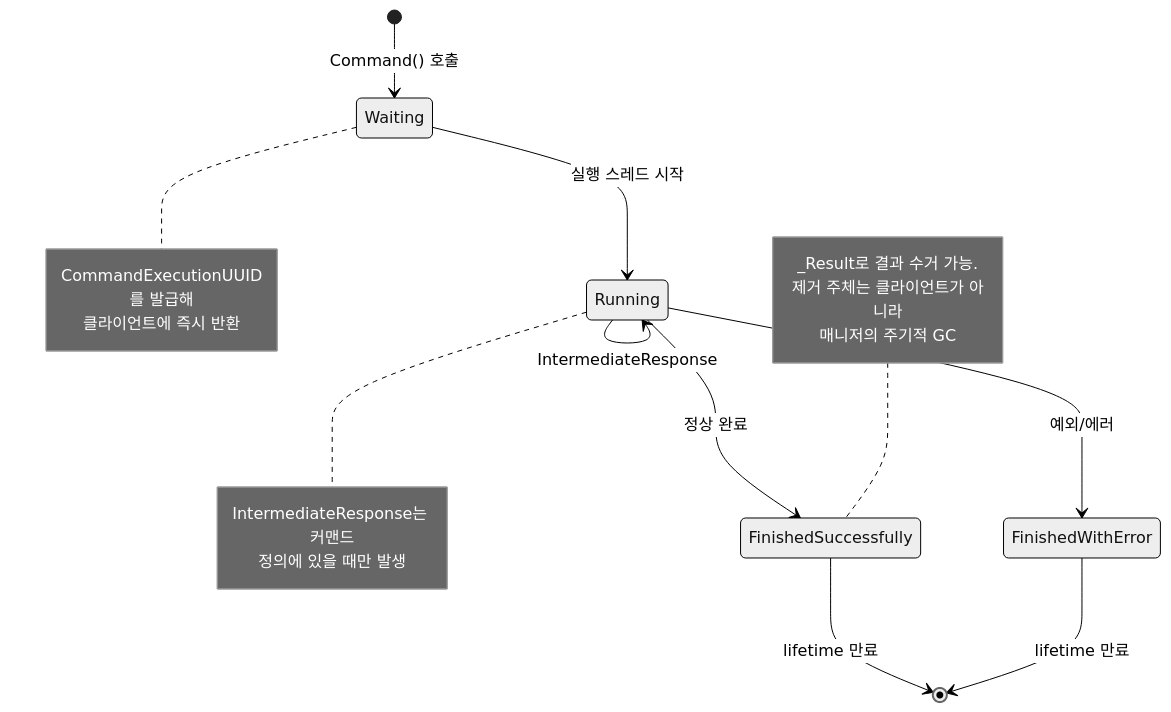
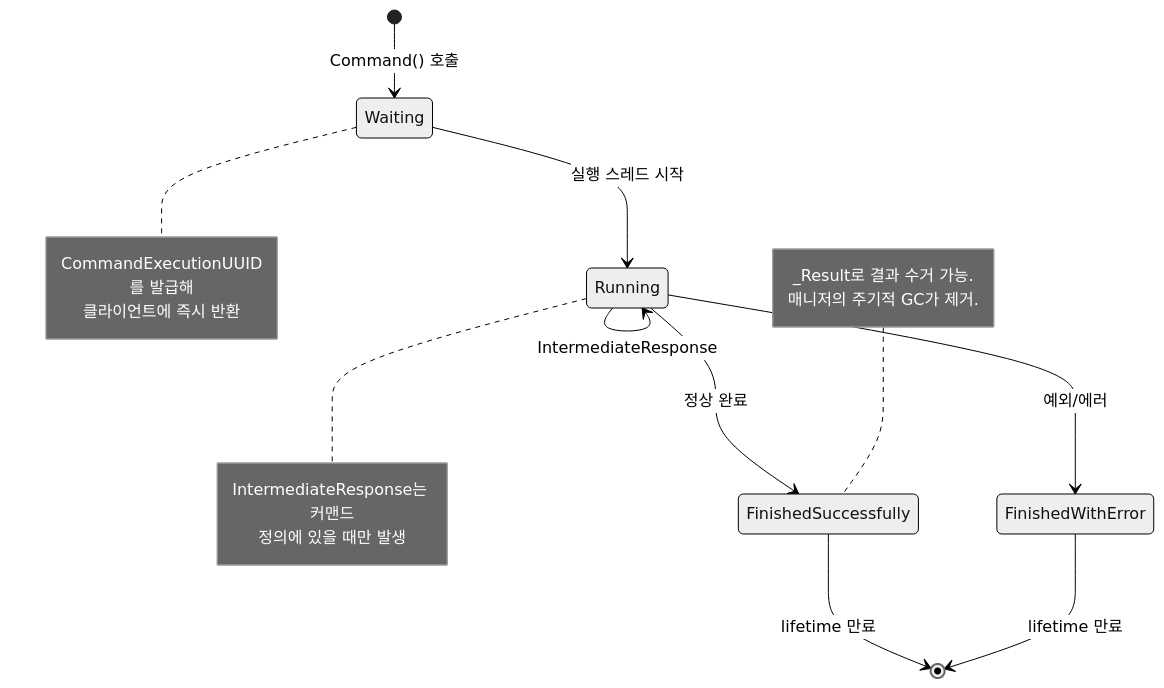
Before and after one commit to Yeounui/sila_cpp_r: the fourth of 9 diagrams in reference/architecture.md, drawn with Mermaid (neutral theme). The commit also changed other lines of this file, not shown here.

First line of the commit message:
Revise architecture.md prose to match project owner's writing style

````diff
--- a/reference/architecture.md
+++ b/reference/architecture.md
@@ -192,26 +187,25 @@
 ```mermaid
 stateDiagram-v2
     [*] --> Waiting: Command() 호출
     Waiting --> Running: 실행 스레드 시작
     Running --> Running: IntermediateResponse
     Running --> FinishedSuccessfully: 정상 완료
     Running --> FinishedWithError: 예외/에러
     FinishedSuccessfully --> [*]: lifetime 만료
     FinishedWithError --> [*]: lifetime 만료
 
     note right of Waiting
         CommandExecutionUUID를 발급해
         클라이언트에 즉시 반환
     end note
 
     note right of Running
         IntermediateResponse는 커맨드
         정의에 있을 때만 발생
     end note
 
     note left of FinishedSuccessfully
         _Result로 결과 수거 가능.
-        제거 주체는 클라이언트가 아니라
-        매니저의 주기적 GC
+        매니저의 주기적 GC가 제거.
     end note
 ```
````
